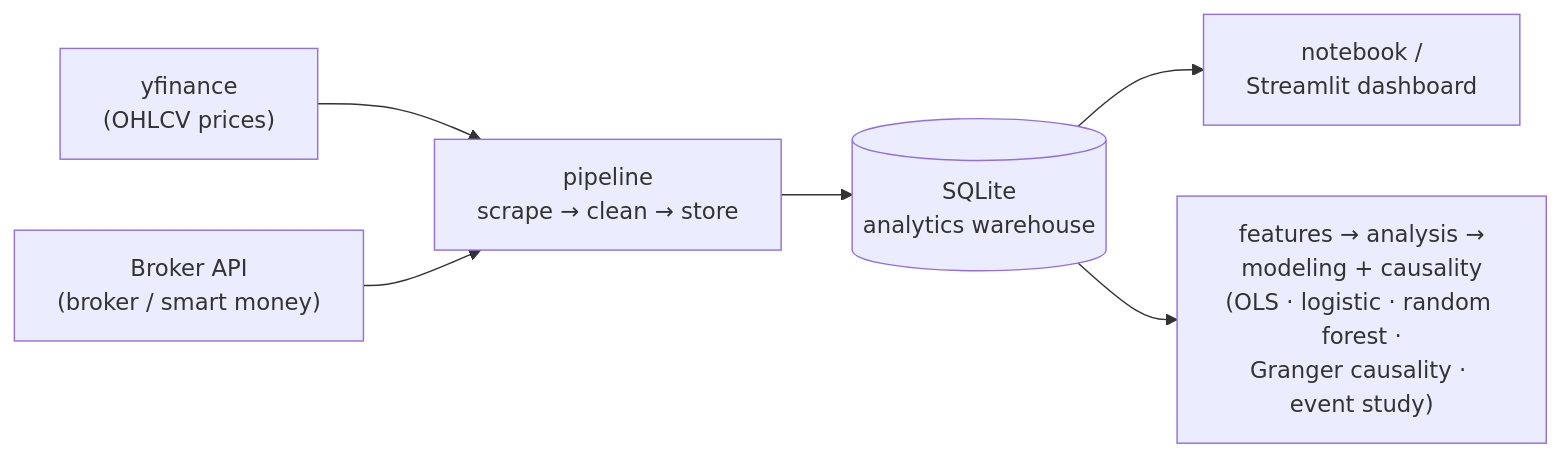
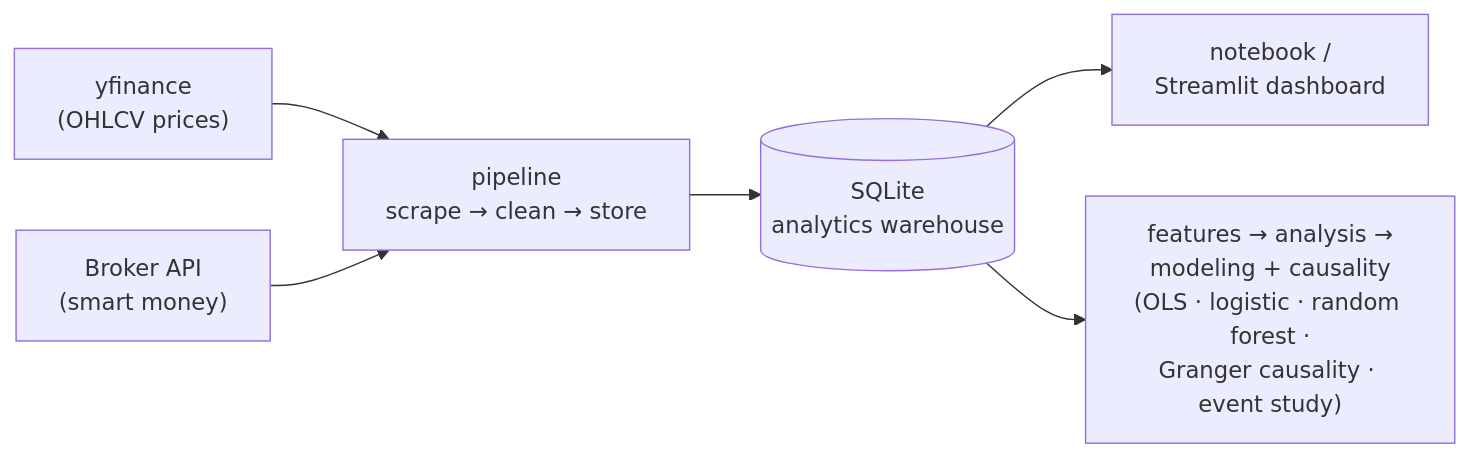
The diagram in README.md (IgnatiusHarry/idx-bandarmology), drawn with Mermaid before and after one commit.

````diff
--- a/README.md
+++ b/README.md
@@ -36,8 +36,8 @@
 ```mermaid
 flowchart LR
     yf["yfinance<br/>(OHLCV prices)"] --> pipe
-    broker["Broker API<br/>(broker / smart money)"] --> pipe
+    broker["Broker API<br/>(smart money)"] --> pipe
     pipe["pipeline<br/>scrape → clean → store"] --> db[("SQLite<br/>analytics warehouse")]
     db --> consume["notebook /<br/>Streamlit dashboard"]
     db --> model["features → analysis →<br/>modeling + causality<br/>(OLS · logistic · random forest ·<br/>Granger causality · event study)"]
 ```
````
